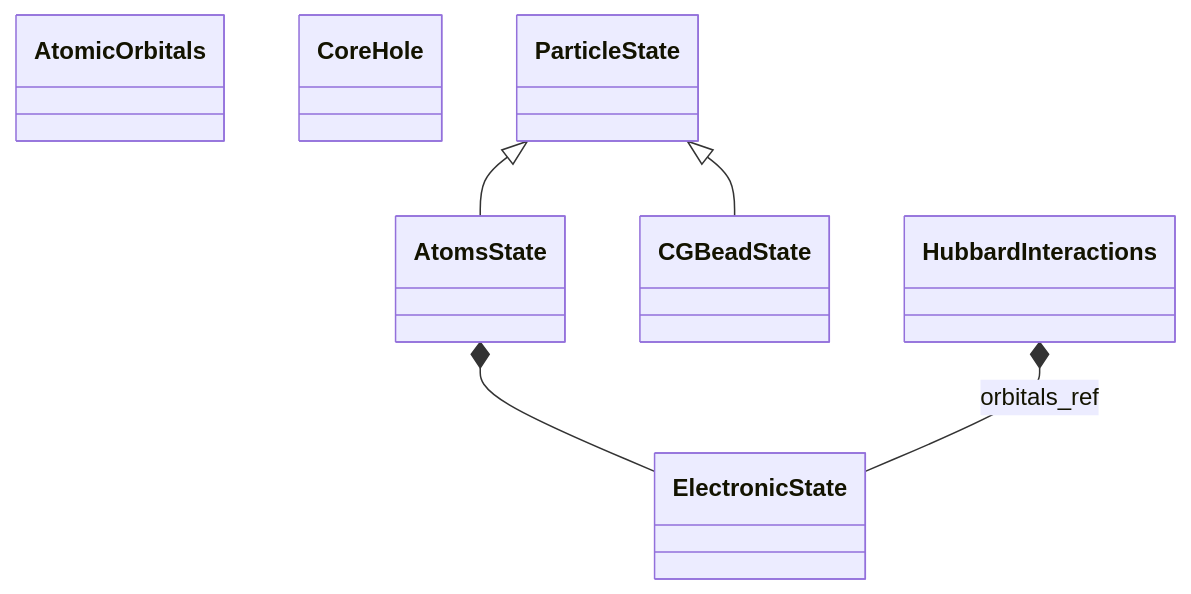
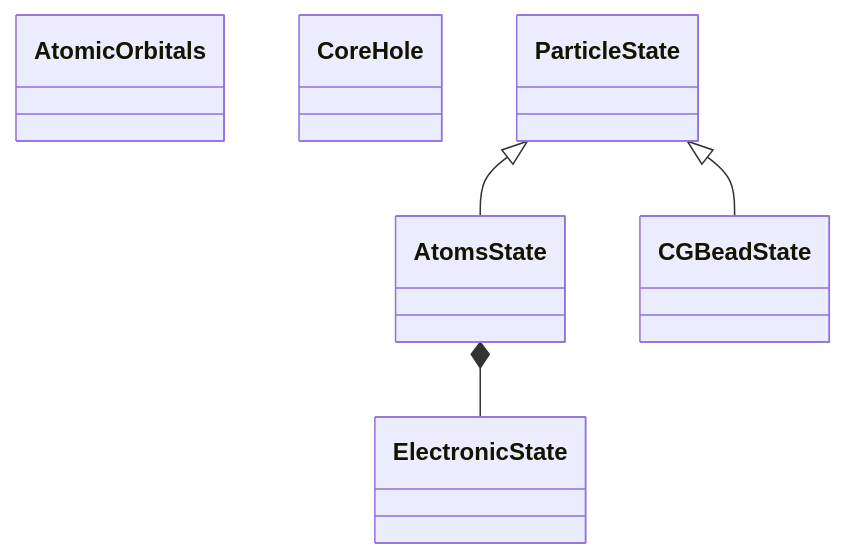
The diagram in docs/schema/particle_states.diagram.md (FAIRmat-NFDI/nomad-simulations), drawn with Mermaid before and after one commit. The commit also changed 8 other files, not shown here.

First line of the commit message:
Relocate `HubbardInteractions` to `model_method.py` as a Hamiltonian term (#421) (#449)

````diff
--- a/docs/schema/particle_states.diagram.md
+++ b/docs/schema/particle_states.diagram.md
@@ -14,21 +14,18 @@
 ```mermaid
 classDiagram
     class AtomicOrbitals {
     }
     class AtomsState {
     }
     class CGBeadState {
     }
     class CoreHole {
     }
     class ElectronicState {
     }
-    class HubbardInteractions {
-    }
     class ParticleState {
     }
     ParticleState <|-- AtomsState
     ParticleState <|-- CGBeadState
     AtomsState *-- ElectronicState
-    HubbardInteractions *-- ElectronicState : orbitals_ref
 ```
````
